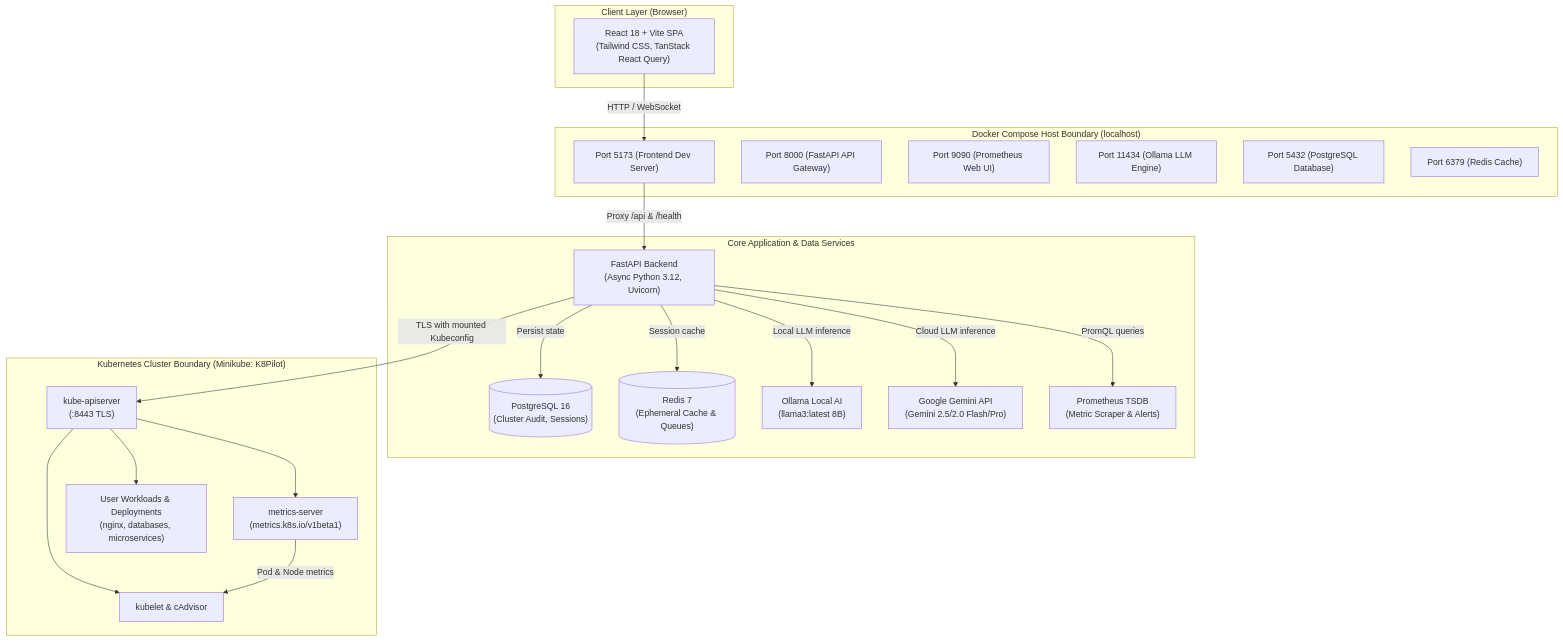
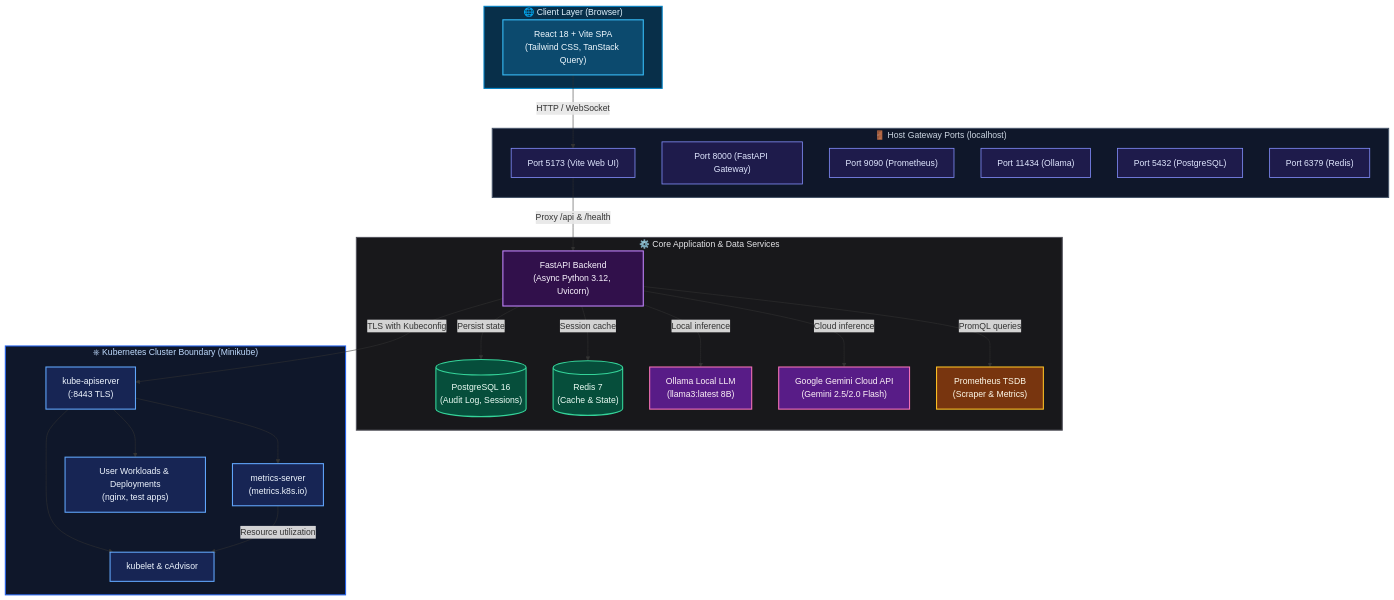
One commit to yashasbn/K8Pilot changed the first of 6 diagrams in ARCHITECTURE.md. Above: the diagram before and after it, drawn with Mermaid. The commit also changed other lines of this file, not shown here.

Commit message:
docs: add vibrant color palettes and custom styling to mermaid architecture diagrams

````diff
--- a/ARCHITECTURE.md
+++ b/ARCHITECTURE.md
@@ -9,45 +9,58 @@
 ```mermaid
 flowchart TD
-    subgraph ClientLayer["Client Layer (Browser)"]
-        UI["React 18 + Vite SPA<br/>(Tailwind CSS, TanStack React Query)"]
+    classDef clientStyle fill:#0c4a6e,stroke:#38bdf8,stroke-width:2px,color:#f0f9ff;
+    classDef gatewayStyle fill:#1e1b4b,stroke:#818cf8,stroke-width:1.5px,color:#e0e7ff;
+    classDef backendStyle fill:#31104b,stroke:#c084fc,stroke-width:2px,color:#faf5ff;
+    classDef dbStyle fill:#064e3b,stroke:#34d399,stroke-width:2px,color:#ecfdf5;
+    classDef aiStyle fill:#581c87,stroke:#f472b6,stroke-width:2px,color:#fdf2f8;
+    classDef promStyle fill:#78350f,stroke:#fbbf24,stroke-width:2px,color:#fffbeb;
+    classDef k8sStyle fill:#172554,stroke:#60a5fa,stroke-width:2px,color:#eff6ff;
+
+    subgraph ClientLayer["🌐 Client Layer (Browser)"]
+        UI["React 18 + Vite SPA<br/>(Tailwind CSS, TanStack Query)"]:::clientStyle
     end
 
-    subgraph HostGateway["Docker Compose Host Boundary (localhost)"]
-        FE_Port["Port 5173 (Frontend Dev Server)"]
-        BE_Port["Port 8000 (FastAPI API Gateway)"]
-        Prom_Port["Port 9090 (Prometheus Web UI)"]
-        Ollama_Port["Port 11434 (Ollama LLM Engine)"]
-        PG_Port["Port 5432 (PostgreSQL Database)"]
-        Redis_Port["Port 6379 (Redis Cache)"]
+    subgraph HostGateway["🚪 Host Gateway Ports (localhost)"]
+        FE_Port["Port 5173 (Vite Web UI)"]:::gatewayStyle
+        BE_Port["Port 8000 (FastAPI Gateway)"]:::gatewayStyle
+        Prom_Port["Port 9090 (Prometheus)"]:::gatewayStyle
+        Ollama_Port["Port 11434 (Ollama)"]:::gatewayStyle
+        PG_Port["Port 5432 (PostgreSQL)"]:::gatewayStyle
+        Redis_Port["Port 6379 (Redis)"]:::gatewayStyle
     end
 
-    subgraph ServiceLayer["Core Application & Data Services"]
-        Backend["FastAPI Backend<br/>(Async Python 3.12, Uvicorn)"]
-        Postgres[("PostgreSQL 16<br/>(Cluster Audit, Sessions)")]
-        Redis[("Redis 7<br/>(Ephemeral Cache & Queues)")]
-        Ollama["Ollama Local AI<br/>(llama3:latest 8B)"]
-        GeminiCloud["Google Gemini API<br/>(Gemini 2.5/2.0 Flash/Pro)"]
-        Prometheus["Prometheus TSDB<br/>(Metric Scraper & Alerts)"]
+    subgraph ServiceLayer["⚙️ Core Application & Data Services"]
+        Backend["FastAPI Backend<br/>(Async Python 3.12, Uvicorn)"]:::backendStyle
+        Postgres[("PostgreSQL 16<br/>(Audit Log, Sessions)")]:::dbStyle
+        Redis[("Redis 7<br/>(Cache & State)")]:::dbStyle
+        Ollama["Ollama Local LLM<br/>(llama3:latest 8B)"]:::aiStyle
+        GeminiCloud["Google Gemini Cloud API<br/>(Gemini 2.5/2.0 Flash)"]:::aiStyle
+        Prometheus["Prometheus TSDB<br/>(Scraper & Metrics)"]:::promStyle
     end
 
-    subgraph K8sLayer["Kubernetes Cluster Boundary (Minikube: K8Pilot)"]
-        APIServer["kube-apiserver<br/>(:8443 TLS)"]
-        Kubelet["kubelet & cAdvisor"]
-        MetricsServer["metrics-server<br/>(metrics.k8s.io/v1beta1)"]
-        Workloads["User Workloads & Deployments<br/>(nginx, databases, microservices)"]
+    subgraph K8sLayer["⎈ Kubernetes Cluster Boundary (Minikube)"]
+        APIServer["kube-apiserver<br/>(:8443 TLS)"]:::k8sStyle
+        Kubelet["kubelet & cAdvisor"]:::k8sStyle
+        MetricsServer["metrics-server<br/>(metrics.k8s.io)"]:::k8sStyle
+        Workloads["User Workloads & Deployments<br/>(nginx, test apps)"]:::k8sStyle
     end
 
     UI -->|"HTTP / WebSocket"| FE_Port
     FE_Port -->|"Proxy /api & /health"| Backend
     Backend -->|"Persist state"| Postgres
     Backend -->|"Session cache"| Redis
-    Backend -->|"Local LLM inference"| Ollama
-    Backend -->|"Cloud LLM inference"| GeminiCloud
+    Backend -->|"Local inference"| Ollama
+    Backend -->|"Cloud inference"| GeminiCloud
     Backend -->|"PromQL queries"| Prometheus
-    Backend -->|"TLS with mounted Kubeconfig"| APIServer
+    Backend -->|"TLS with Kubeconfig"| APIServer
 
     APIServer --> MetricsServer
     APIServer --> Kubelet
     APIServer --> Workloads
-    MetricsServer -->|"Pod & Node metrics"| Kubelet
+    MetricsServer -->|"Resource utilization"| Kubelet
+
+    style ClientLayer fill:#082f49,stroke:#0284c7,stroke-width:2px,color:#e0f2fe
+    style HostGateway fill:#0f172a,stroke:#475569,stroke-width:2px,color:#cbd5e1
+    style ServiceLayer fill:#18181b,stroke:#52525b,stroke-width:2px,color:#e4e4e7
+    style K8sLayer fill:#0f172a,stroke:#2563eb,stroke-width:2px,color:#bfdbfe
 ```
````
